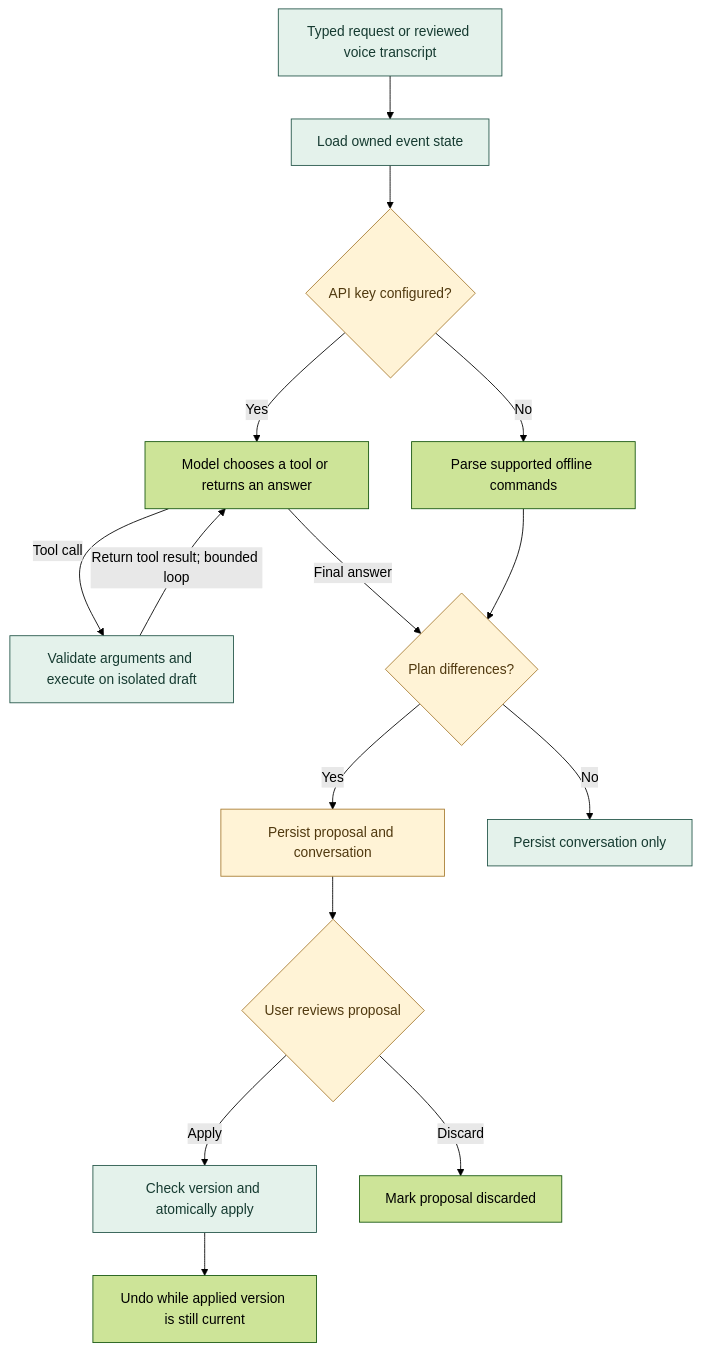
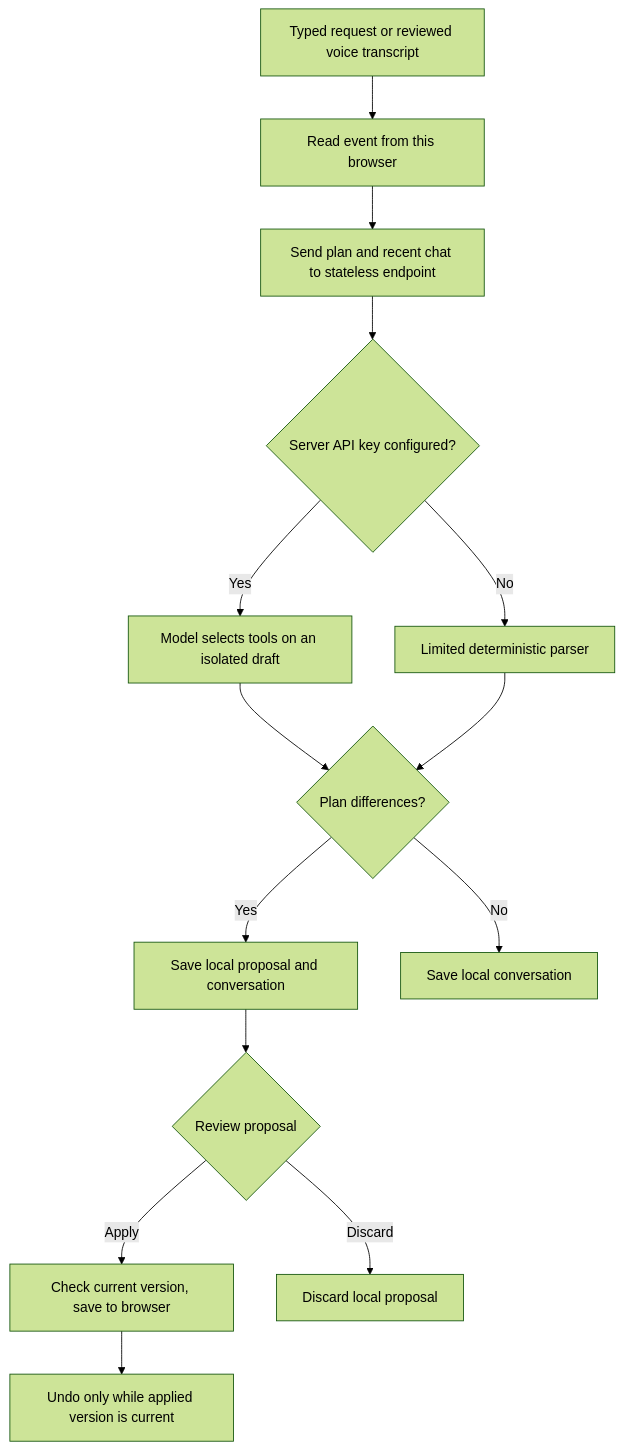
One commit to vikasgupta37/EventIQ changed the diagram in docs/agent-workflow.mmd. Above: the diagram before and after it, drawn with Mermaid (forest theme). The commit also changed 27 other files, not shown here.

Commit message:
Add public demo with browser storage and stateless AI

```diff
--- a/docs/agent-workflow.mmd
+++ b/docs/agent-workflow.mmd
@@ -1,29 +1,20 @@
 flowchart TD
     START["Typed request or reviewed voice transcript"]
-    LOAD["Load owned event state"]
-    MODE{"API key configured?"}
-    MODEL["Model chooses a tool or returns an answer"]
-    TOOL["Validate arguments and execute on isolated draft"]
-    OFFLINE["Parse supported offline commands"]
+    LOAD["Read event from this browser"]
+    SEND["Send plan and recent chat to stateless endpoint"]
+    MODE{"Server API key configured?"}
+    MODEL["Model selects tools on an isolated draft"]
+    RULES["Limited deterministic parser"]
     DIFF{"Plan differences?"}
-    PROPOSAL["Persist proposal and conversation"]
-    ANSWER["Persist conversation only"]
-    CHOICE{"User reviews proposal"}
-    APPLY["Check version and atomically apply"]
-    DISCARD["Mark proposal discarded"]
-    UNDO["Undo while applied version is still current"]
-    START --> LOAD --> MODE
-    MODE -->|Yes| MODEL
-    MODE -->|No| OFFLINE
-    MODEL -->|"Tool call"| TOOL
-    TOOL -->|"Return tool result; bounded loop"| MODEL
-    MODEL -->|"Final answer"| DIFF
-    OFFLINE --> DIFF
+    PROPOSAL["Save local proposal and conversation"]
+    ANSWER["Save local conversation"]
+    CHOICE{"Review proposal"}
+    APPLY["Check current version, save to browser"]
+    UNDO["Undo only while applied version is current"]
+    START --> LOAD --> SEND --> MODE
+    MODE -->|Yes| MODEL --> DIFF
+    MODE -->|No| RULES --> DIFF
     DIFF -->|Yes| PROPOSAL --> CHOICE
     DIFF -->|No| ANSWER
     CHOICE -->|Apply| APPLY --> UNDO
-    CHOICE -->|Discard| DISCARD
-    classDef green fill:#e4f2eb,stroke:#225447,color:#163b31
-    classDef gold fill:#fff3d6,stroke:#a77b30,color:#50390f
-    class START,LOAD,TOOL,APPLY,ANSWER green
-    class MODE,DIFF,CHOICE,PROPOSAL gold
+    CHOICE -->|Discard| DISCARD["Discard local proposal"]
```
